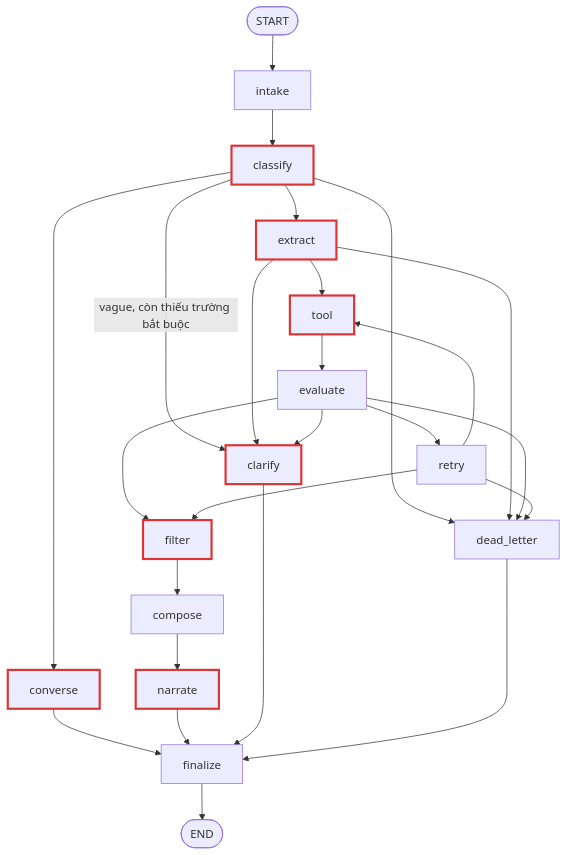
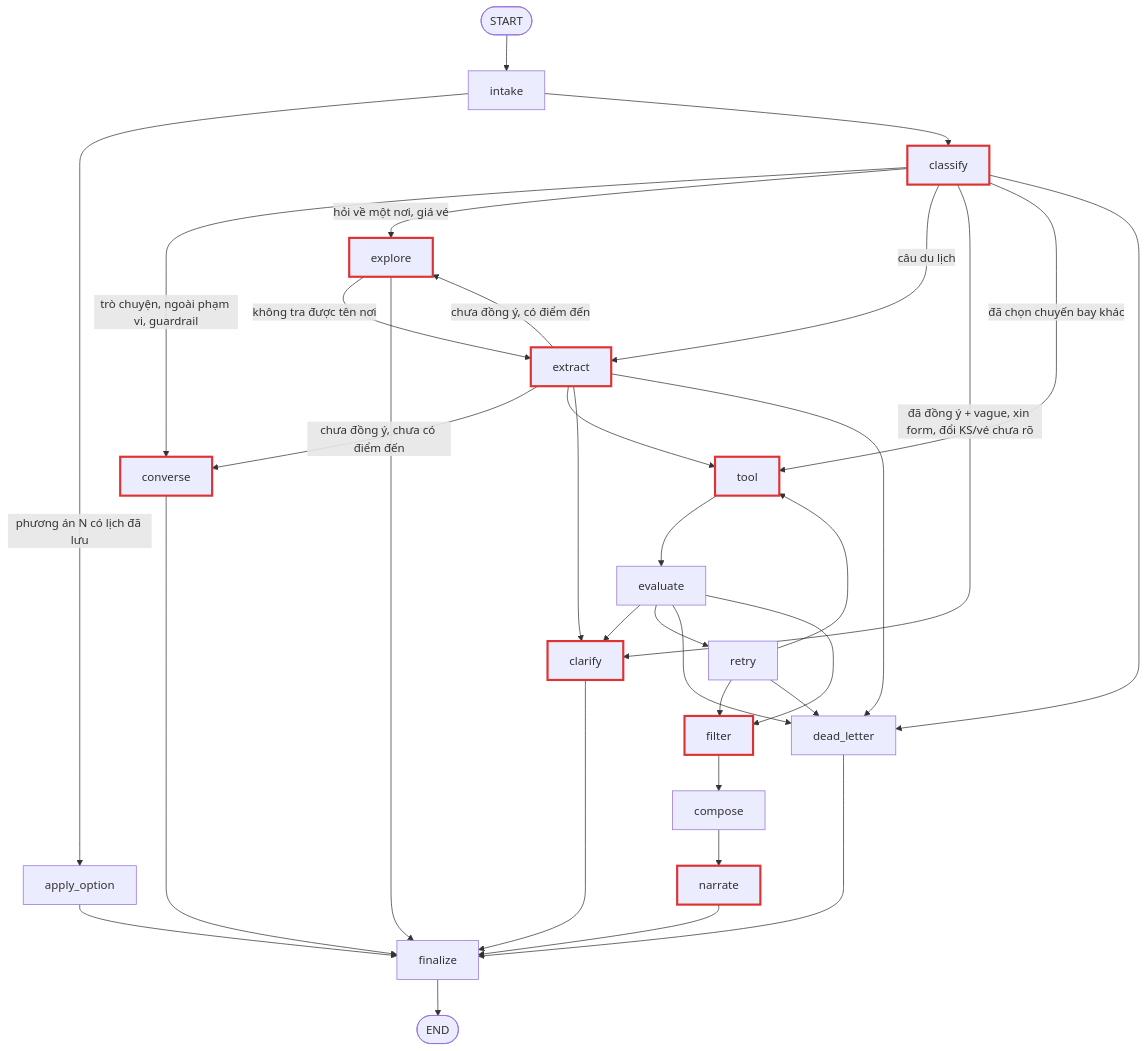
Before and after one commit to NguyenNhat4/Travel-Recommend-System: the diagram in docs/spec/agent/langgraph-nodes.md, drawn with Mermaid. The commit also changed other lines of this file and 12 other files, not shown here.

Commit message:
docs(agent): cập nhật nghiệp vụ theo code 11/10 — trò chuyện và khám phá, tư vấn vé, đổi vé/khách sạn, lịch tham khảo (FR-AGT-06, FR-AGT-07)

````diff
--- a/docs/spec/agent/langgraph-nodes.md
+++ b/docs/spec/agent/langgraph-nodes.md
@@ -238,43 +244,53 @@
 ```mermaid
 flowchart TD
     START([START]) --> intake
+    intake -->|"phương án N" có lịch đã lưu| apply_option
     intake --> classify
 
-    classify --> converse
-    classify --> extract
-    classify -->|vague, còn thiếu trường bắt buộc| clarify
+    classify -->|trò chuyện, ngoài phạm vi, guardrail| converse
+    classify -->|hỏi về một nơi, giá vé| explore
+    classify -->|câu du lịch| extract
+    classify -->|đã đồng ý + vague, xin form, đổi KS/vé chưa rõ| clarify
+    classify -->|đã chọn chuyến bay khác| tool
     classify --> dead_letter
 
+    explore -->|không tra được tên nơi| extract
+
+    extract -->|chưa đồng ý, có điểm đến| explore
+    extract -->|chưa đồng ý, chưa có điểm đến| converse
     extract --> tool
     extract --> clarify
     extract --> dead_letter
 
     tool --> evaluate
 
     evaluate --> clarify
     evaluate --> retry
     evaluate --> dead_letter
     evaluate --> filter
 
     retry --> filter
     retry --> dead_letter
     retry --> tool
 
     filter --> compose
     compose --> narrate
+    apply_option --> finalize
     converse --> finalize
+    explore --> finalize
     narrate --> finalize
     clarify --> finalize
     dead_letter --> finalize
 
     finalize --> END([END])
 
     classify:::llm
     extract:::llm
     tool:::llm
     filter:::llm
     converse:::llm
+    explore:::llm
     clarify:::llm
     narrate:::llm
     classDef llm stroke:#d33,stroke-width:3px;
 ```
````
